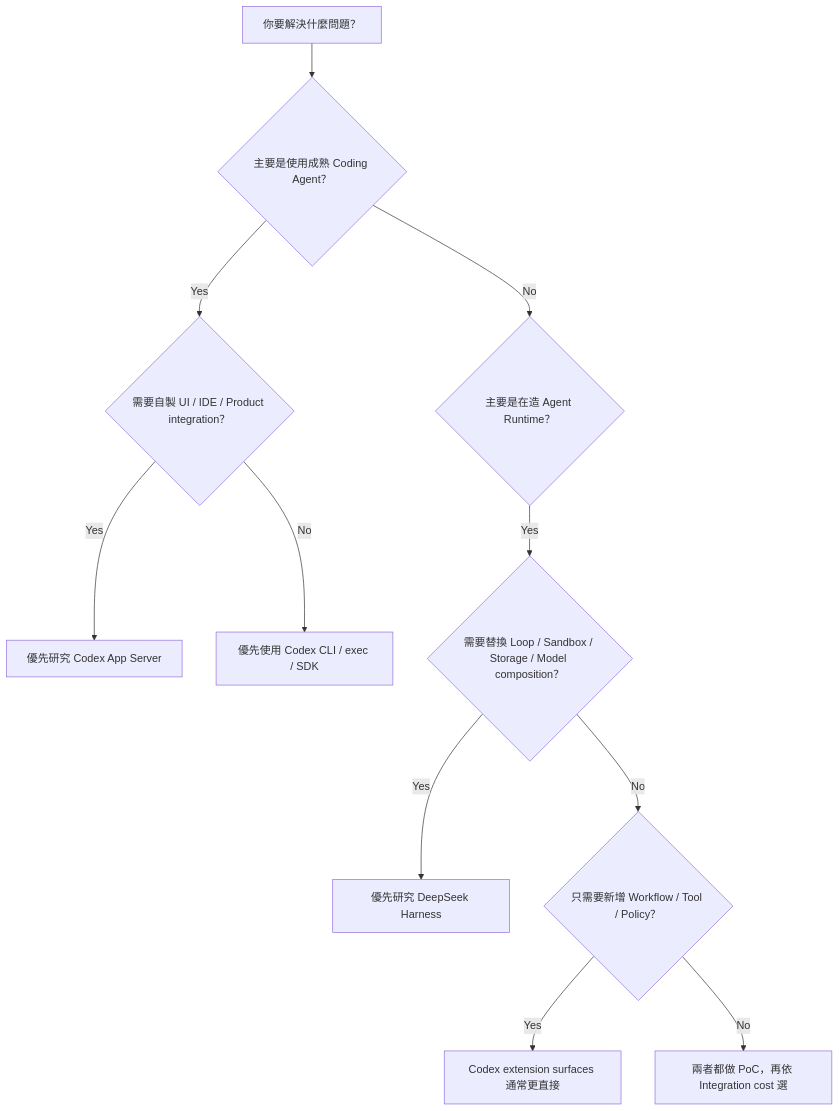
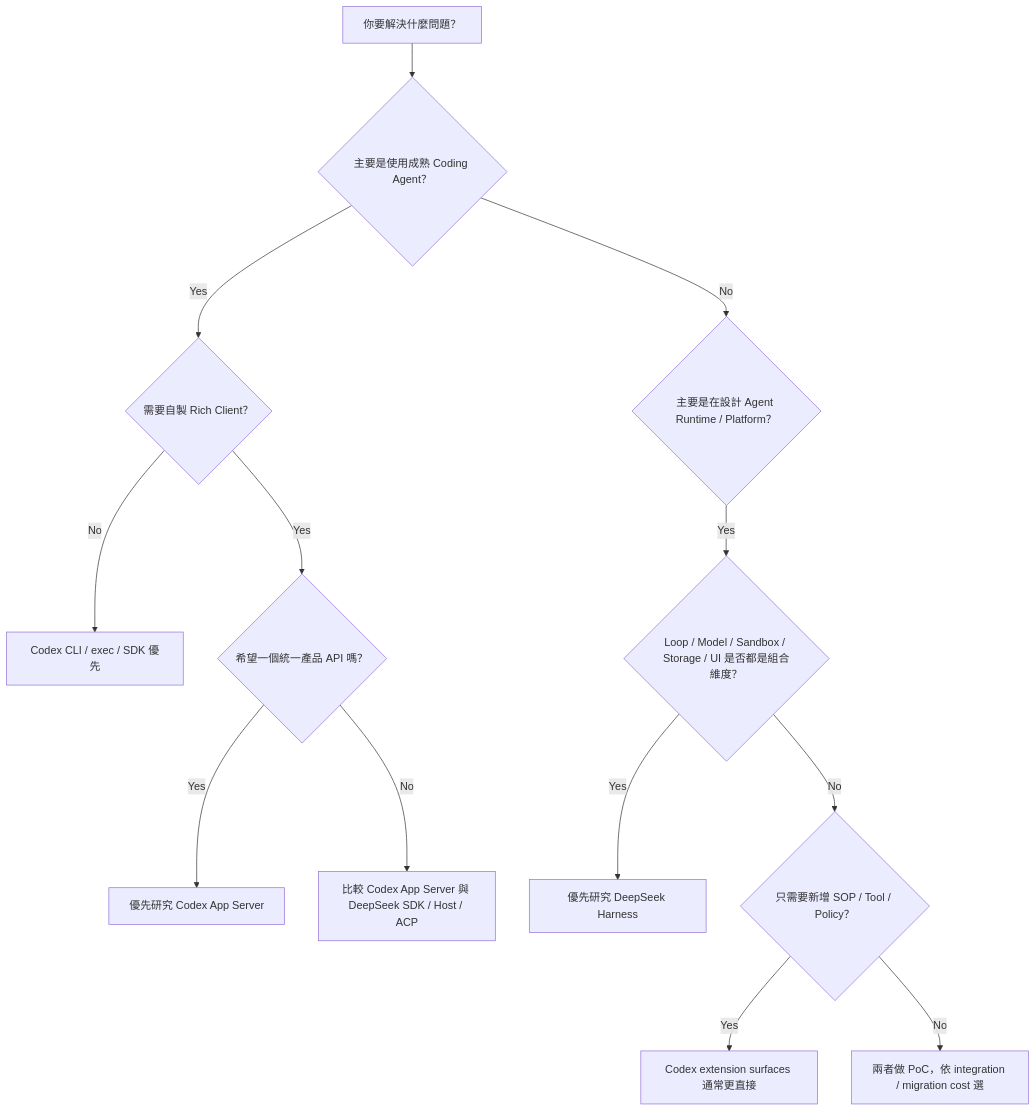
Before and after one commit to indigofeather/harness-book: the first of 5 diagrams in docs/comparison/selection-guide.md, drawn with Mermaid. The commit also changed other lines of this file and 13 other files, not shown here.

Commit message:
docs: balance Codex and DeepSeek Harness coverage

````diff
--- a/docs/comparison/selection-guide.md
+++ b/docs/comparison/selection-guide.md
@@ -17,14 +17,16 @@
 ```mermaid
 flowchart TD
   A[你要解決什麼問題？] --> B{主要是使用成熟 Coding Agent？}
-  B -->|Yes| C{需要自製 UI / IDE / Product integration？}
-  C -->|Yes| CA[優先研究 Codex App Server]
-  C -->|No| CB[優先使用 Codex CLI / exec / SDK]
+  B -->|Yes| C{需要自製 Rich Client？}
+  C -->|No| CA[Codex CLI / exec / SDK 優先]
+  C -->|Yes| D{希望一個統一產品 API 嗎？}
+  D -->|Yes| CB[優先研究 Codex App Server]
+  D -->|No| CC[比較 Codex App Server 與 DeepSeek SDK / Host / ACP]
 
-  B -->|No| D{主要是在造 Agent Runtime？}
-  D -->|Yes| E{需要替換 Loop / Sandbox / Storage / Model composition？}
-  E -->|Yes| DA[優先研究 DeepSeek Harness]
-  E -->|No| F{只需要新增 Workflow / Tool / Policy？}
-  F -->|Yes| DB[Codex extension surfaces 通常更直接]
-  F -->|No| DC[兩者都做 PoC，再依 Integration cost 選]
+  B -->|No| E{主要是在設計 Agent Runtime / Platform？}
+  E -->|Yes| F{Loop / Model / Sandbox / Storage / UI 是否都是組合維度？}
+  F -->|Yes| DA[優先研究 DeepSeek Harness]
+  F -->|No| G{只需要新增 SOP / Tool / Policy？}
+  G -->|Yes| DB[Codex extension surfaces 通常更直接]
+  G -->|No| DC[兩者做 PoC，依 integration / migration cost 選]
 ```
````
